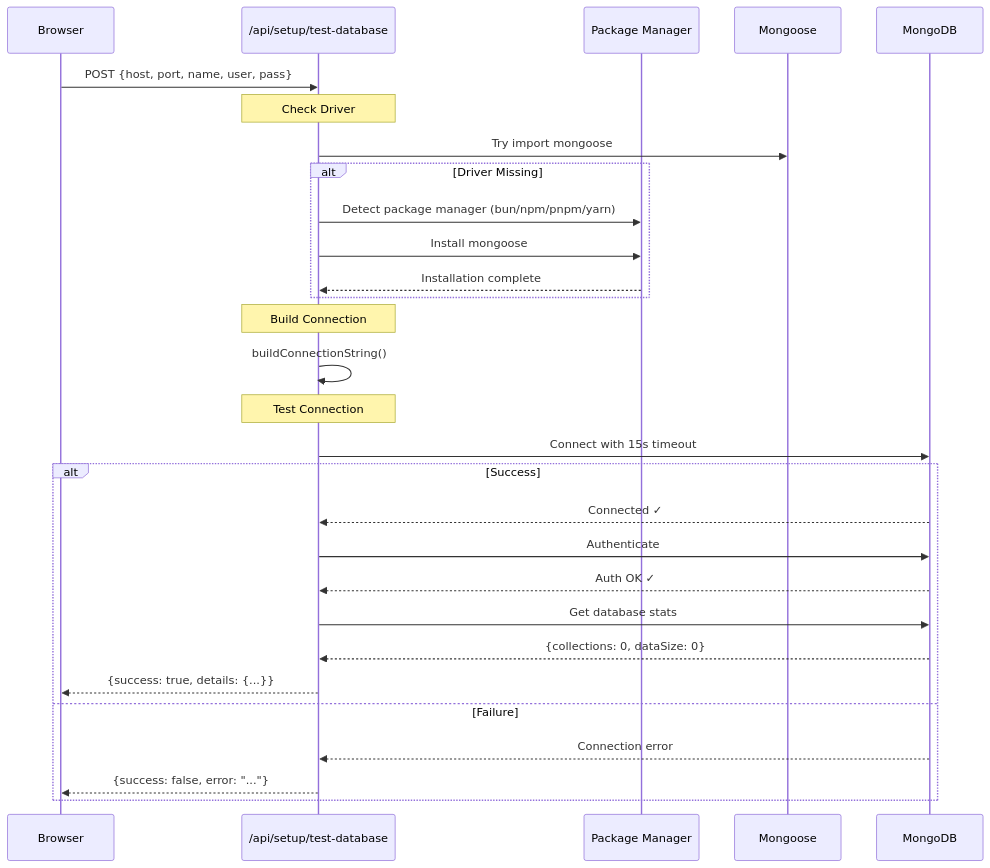
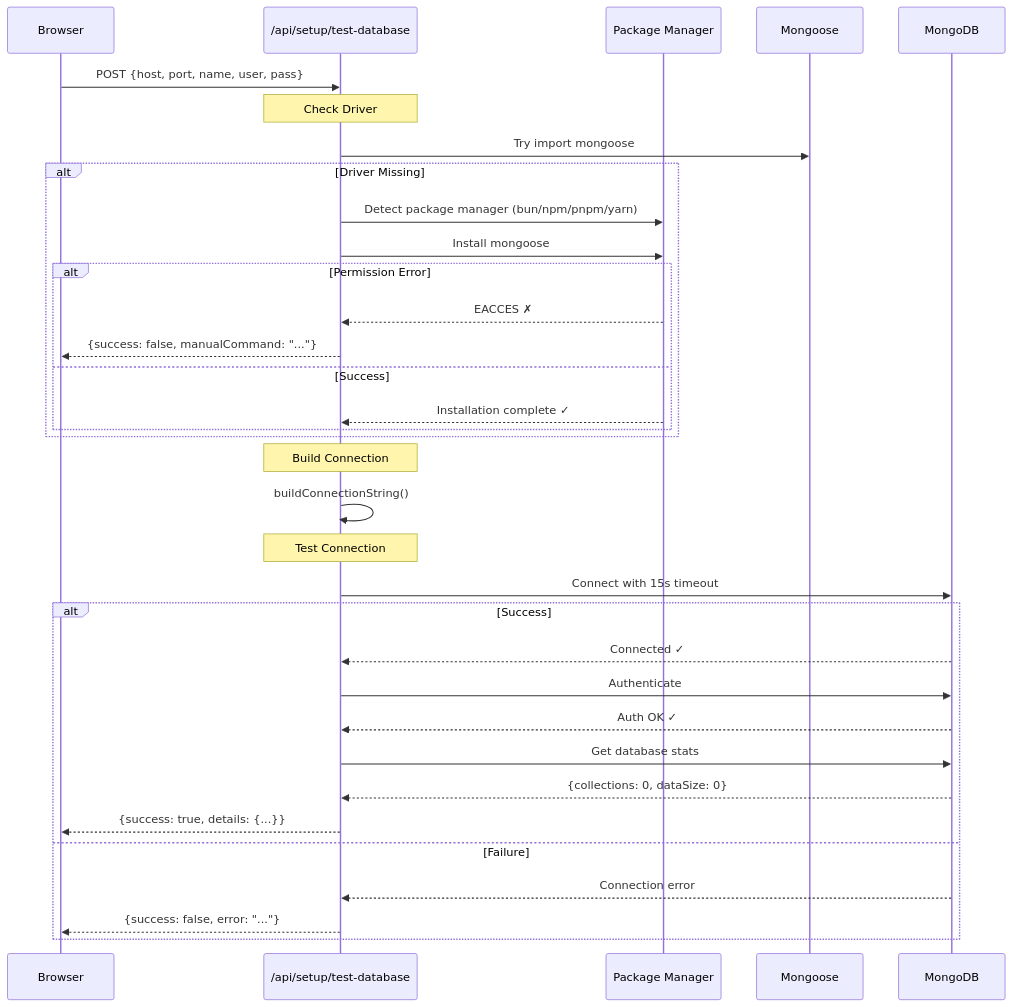
One commit to SveltyCMS/SveltyCMS changed the seventh of 9 diagrams in docs/architecture/initialization-workflow.mdx. Above: the diagram before and after it, drawn with Mermaid. The commit also changed other lines of this file and 29 other files, not shown here.

````diff
--- a/docs/architecture/initialization-workflow.mdx
+++ b/docs/architecture/initialization-workflow.mdx
@@ -767,37 +768,42 @@
 ```mermaid
 sequenceDiagram
     participant Client as Browser
     participant API as /api/setup/test-database
     participant PM as Package Manager
     participant Mongoose
     participant DB as MongoDB
 
     Client->>API: POST {host, port, name, user, pass}
 
     Note over API: Check Driver
     API->>Mongoose: Try import mongoose
 
     alt Driver Missing
         API->>PM: Detect package manager (bun/npm/pnpm/yarn)
         API->>PM: Install mongoose
-        PM-->>API: Installation complete
+        alt Permission Error
+            PM-->>API: EACCES ✗
+            API-->>Client: {success: false, manualCommand: "..."}
+        else Success
+            PM-->>API: Installation complete ✓
+        end
     end
 
     Note over API: Build Connection
     API->>API: buildConnectionString()
 
     Note over API: Test Connection
     API->>DB: Connect with 15s timeout
 
     alt Success
         DB-->>API: Connected ✓
         API->>DB: Authenticate
         DB-->>API: Auth OK ✓
         API->>DB: Get database stats
         DB-->>API: {collections: 0, dataSize: 0}
         API-->>Client: {success: true, details: {...}}
     else Failure
         DB-->>API: Connection error
         API-->>Client: {success: false, error: "..."}
     end
 ```
````
